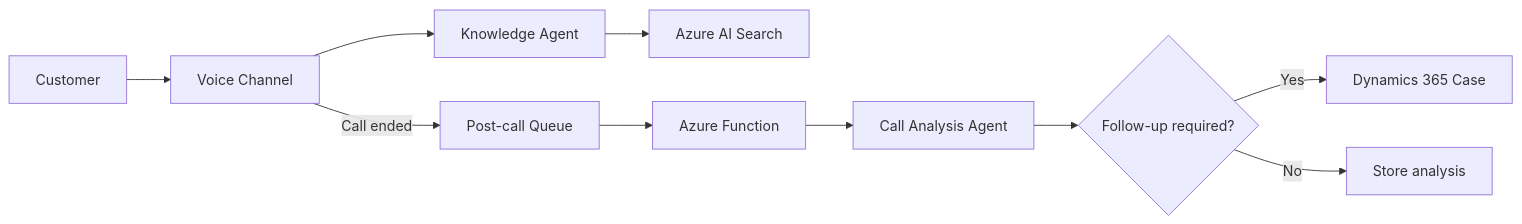
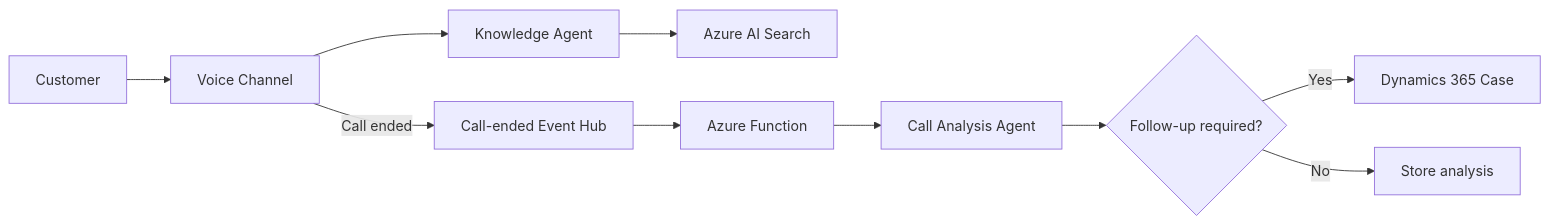
The diagram in docs/modules/module00-overview/index.md (Liminghao0922/workshop-intelligent-customer-operations), drawn with Mermaid before and after one commit. The commit also changed other lines of this file and 46 other files, not shown here.

````diff
--- a/docs/modules/module00-overview/index.md
+++ b/docs/modules/module00-overview/index.md
@@ -24,12 +24,12 @@
 ```mermaid
 flowchart LR
     Customer[Customer] --> Voice[Voice Channel]
     Voice --> Knowledge[Knowledge Agent]
     Knowledge --> Search[Azure AI Search]
-    Voice -->|Call ended| Queue[Post-call Queue]
-    Queue --> Function[Azure Function]
+    Voice -->|Call ended| EventHub[Call-ended Event Hub]
+    EventHub --> Function[Azure Function]
     Function --> Analysis[Call Analysis Agent]
     Analysis --> Decision{Follow-up required?}
     Decision -->|Yes| Dynamics[Dynamics 365 Case]
     Decision -->|No| Complete[Store analysis]
 ```
````
